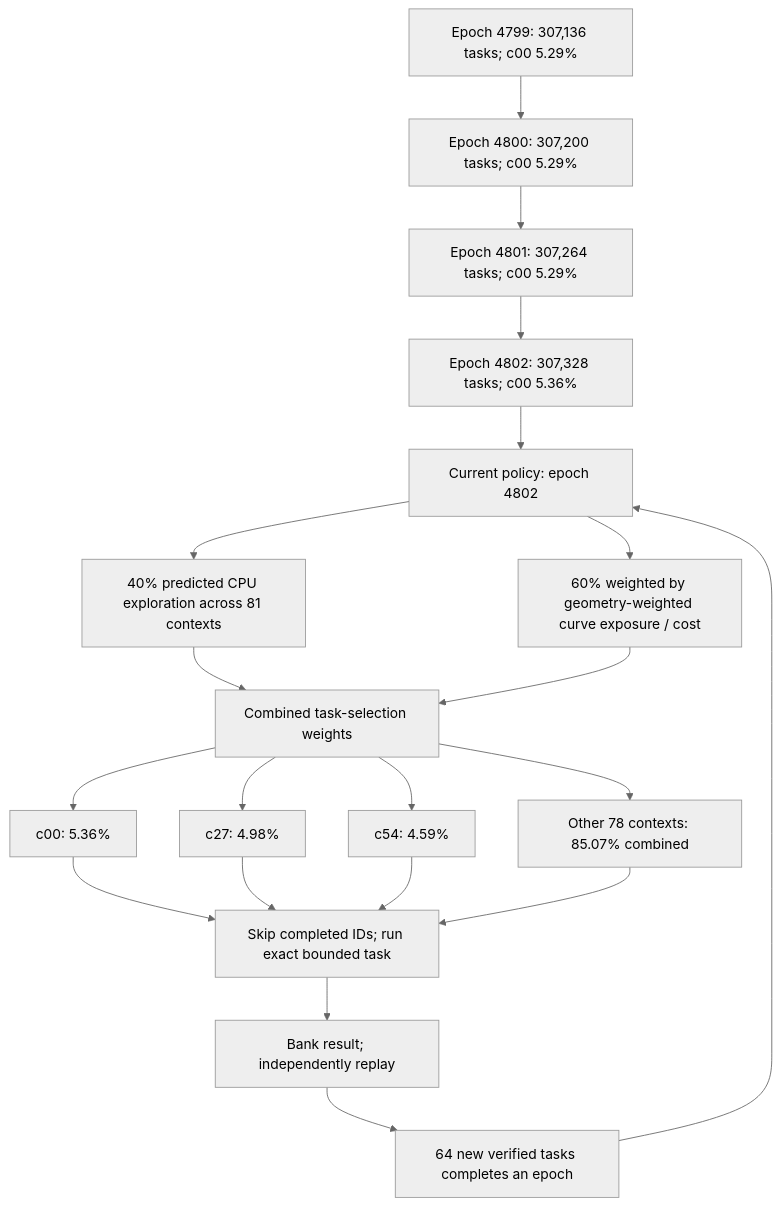
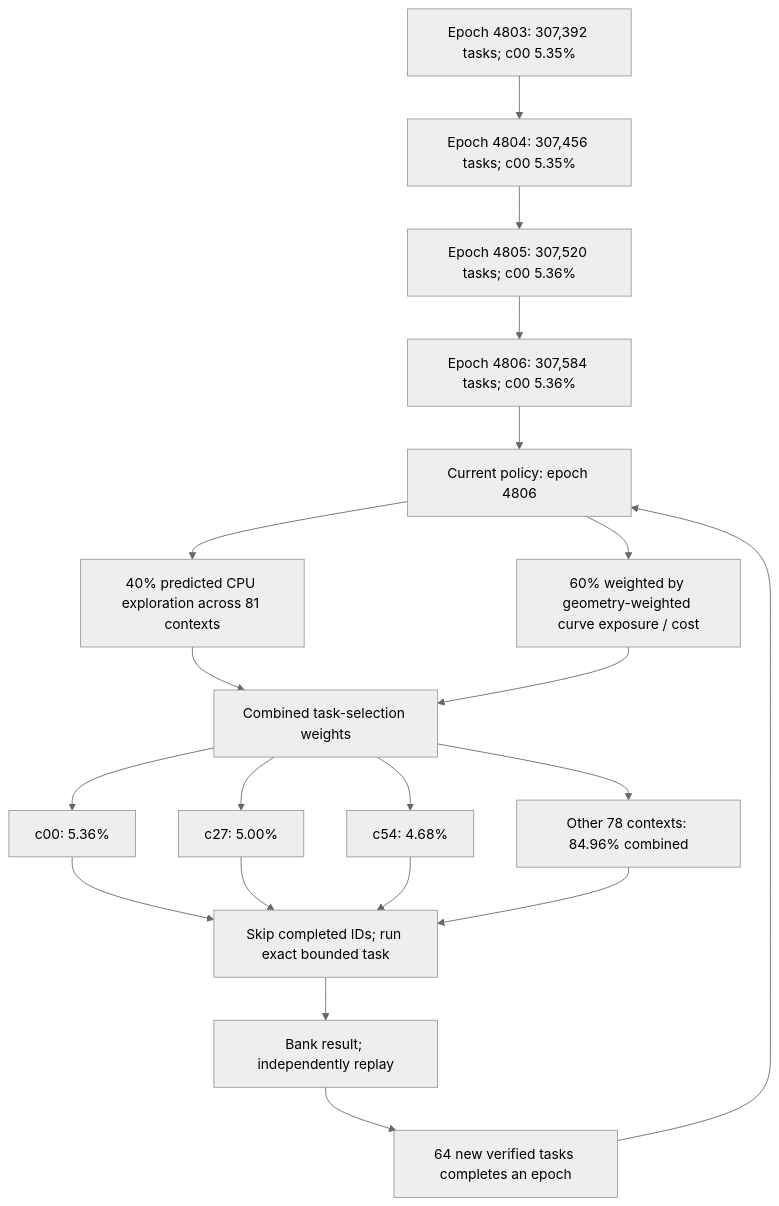
The first of 3 diagrams in README.md (Kuberwastaken/math-gambling), drawn with Mermaid (neutral theme) before and after one commit. The commit also changed other lines of this file and 610 other files, not shown here.

````diff
--- a/README.md
+++ b/README.md
@@ -60,27 +60,27 @@
 ```mermaid
 flowchart TD
-    H0["Epoch 4799: 307,136 tasks; c00 5.29%"]
-    H1["Epoch 4800: 307,200 tasks; c00 5.29%"]
+    H0["Epoch 4803: 307,392 tasks; c00 5.35%"]
+    H1["Epoch 4804: 307,456 tasks; c00 5.35%"]
     H0 --> H1
-    H2["Epoch 4801: 307,264 tasks; c00 5.29%"]
+    H2["Epoch 4805: 307,520 tasks; c00 5.36%"]
     H1 --> H2
-    H3["Epoch 4802: 307,328 tasks; c00 5.36%"]
+    H3["Epoch 4806: 307,584 tasks; c00 5.36%"]
     H2 --> H3
-    Policy["Current policy: epoch 4802"]
+    Policy["Current policy: epoch 4806"]
     H3 --> Policy
     Policy --> Explore["40% predicted CPU exploration across 81 contexts"]
     Policy --> Cost["60% weighted by geometry-weighted curve exposure / cost"]
     Explore --> Mix["Combined task-selection weights"]
     Cost --> Mix
     Mix --> C0["c00: 5.36%"]
-    Mix --> C1["c27: 4.98%"]
-    Mix --> C2["c54: 4.59%"]
-    Mix --> Rest["Other 78 contexts: 85.07% combined"]
+    Mix --> C1["c27: 5.00%"]
+    Mix --> C2["c54: 4.68%"]
+    Mix --> Rest["Other 78 contexts: 84.96% combined"]
     C0 --> Check["Skip completed IDs; run exact bounded task"]
     C1 --> Check
     C2 --> Check
     Rest --> Check
     Check --> Replay["Bank result; independently replay"]
     Replay --> Gate["64 new verified tasks completes an epoch"]
     Gate --> Policy
 ```
````
